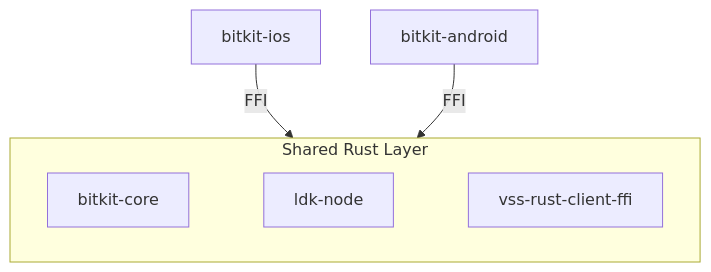
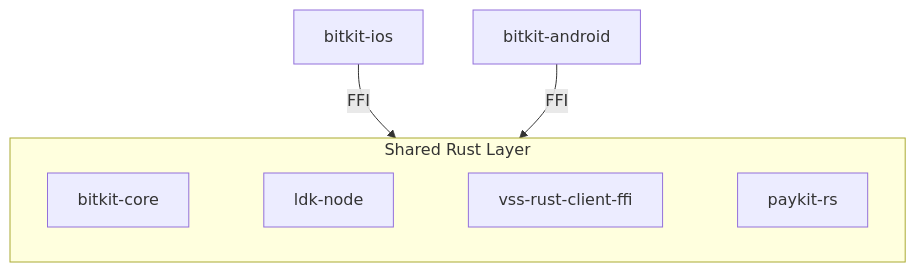
Before and after one commit to synonymdev/bitkit: the diagram in README.md, drawn with Mermaid. The commit also changed other lines of this file, not shown here.

````diff
--- a/README.md
+++ b/README.md
@@ -11,15 +11,16 @@
 ```mermaid
 flowchart TD
   bitkitIos["bitkit-ios"]
   bitkitAndroid["bitkit-android"]
 
   subgraph rust["Shared Rust Layer"]
     bitkitCore["bitkit-core"]
     ldkNode["ldk-node"]
     vssFfi["vss-rust-client-ffi"]
-    bitkitCore ~~~ ldkNode ~~~ vssFfi
+    paykit["paykit-rs"]
+    bitkitCore ~~~ ldkNode ~~~ vssFfi ~~~ paykit
   end
 
   bitkitIos -->|FFI| rust
   bitkitAndroid -->|FFI| rust
 ```
````
